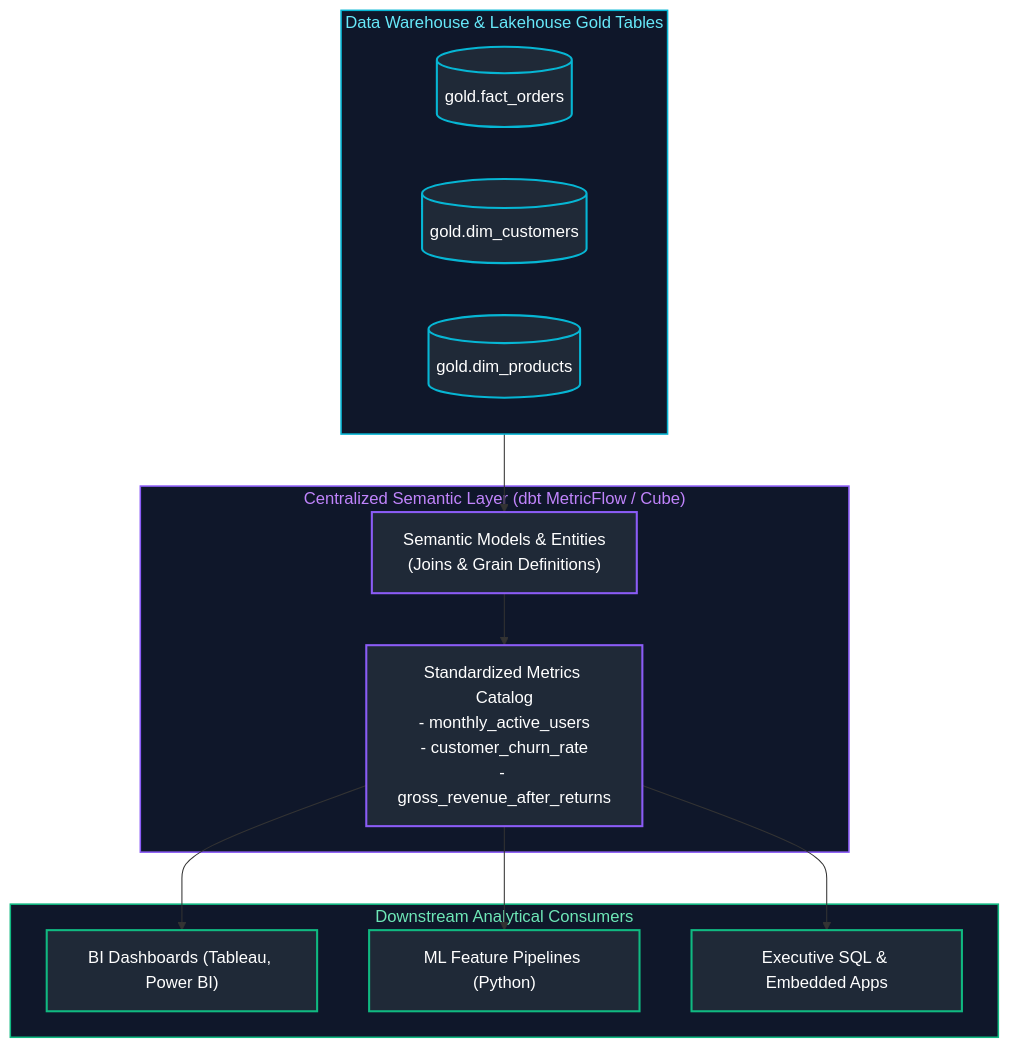
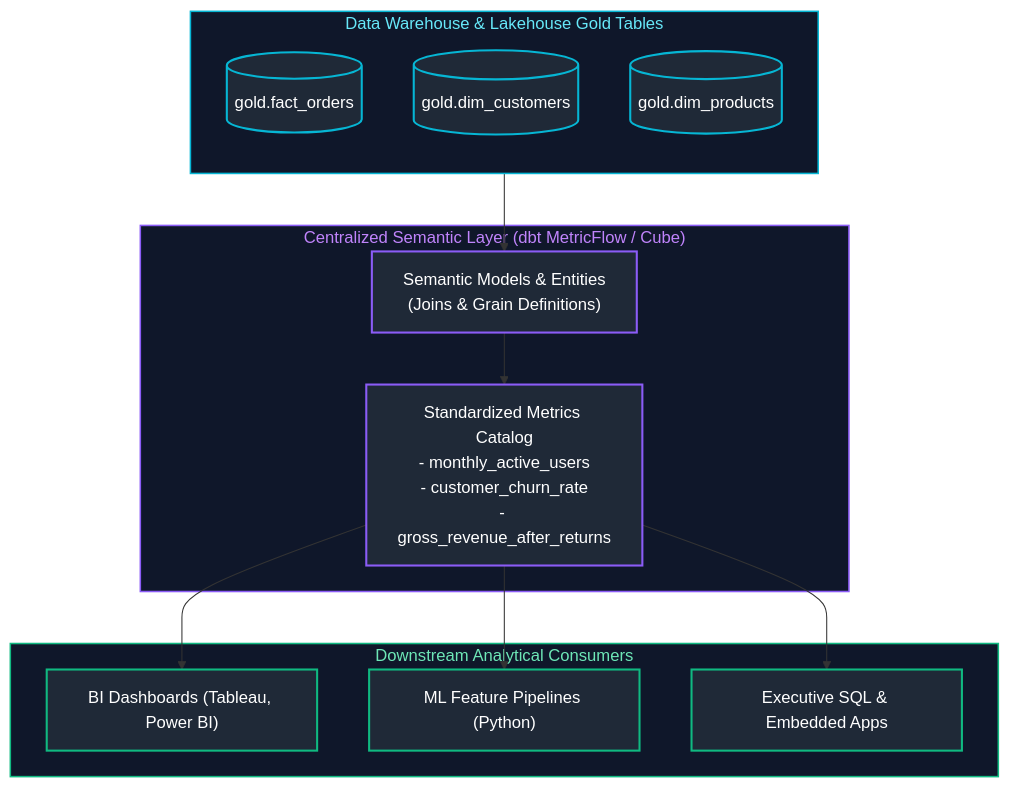
One commit to joydeep-biswas/Interview-Preparation changed diagram 18 of 22 in Data Engineering/06_data_architecture_and_modeling.md. Above: the diagram before and after it, drawn with Mermaid. The commit also changed other lines of this file and 76 other files, not shown here.

Commit message:
Updated Charts

````diff
--- a/Data Engineering/06_data_architecture_and_modeling.md
+++ b/Data Engineering/06_data_architecture_and_modeling.md
@@ -924,37 +946,38 @@
 ```mermaid
 flowchart TD
     subgraph StorageLayer ["Data Warehouse & Lakehouse Gold Tables"]
+        direction TD
         FOrders[("gold.fact_orders")]
         DCustomers[("gold.dim_customers")]
         DProducts[("gold.dim_products")]
     end
 
     subgraph SemanticTier ["Centralized Semantic Layer (dbt MetricFlow / Cube)"]
         SemModel["Semantic Models & Entities\n(Joins & Grain Definitions)"]
         MetricsCatalog["Standardized Metrics Catalog\n- monthly_active_users\n- customer_churn_rate\n- gross_revenue_after_returns"]
         SemModel --> MetricsCatalog
     end
 
     subgraph ConsumerTier ["Downstream Analytical Consumers"]
         BI["BI Dashboards (Tableau, Power BI)"]
         ML["ML Feature Pipelines (Python)"]
         AdHoc["Executive SQL & Embedded Apps"]
     end
 
     StorageLayer --> SemModel
     MetricsCatalog --> BI
     MetricsCatalog --> ML
     MetricsCatalog --> AdHoc
 
     style StorageLayer fill:#0f172a,stroke:#06b6d4,stroke-width:1.5px,color:#67e8f9
     style SemanticTier fill:#0f172a,stroke:#8b5cf6,stroke-width:1.5px,color:#c084fc
     style ConsumerTier fill:#0f172a,stroke:#10b981,stroke-width:1.5px,color:#6ee7b7
     style FOrders fill:#1f2937,stroke:#06b6d4,stroke-width:2px,color:#fff
     style DCustomers fill:#1f2937,stroke:#06b6d4,stroke-width:2px,color:#fff
     style DProducts fill:#1f2937,stroke:#06b6d4,stroke-width:2px,color:#fff
     style SemModel fill:#1f2937,stroke:#8b5cf6,stroke-width:2px,color:#fff
     style MetricsCatalog fill:#1f2937,stroke:#8b5cf6,stroke-width:2px,color:#fff
     style BI fill:#1f2937,stroke:#10b981,stroke-width:2px,color:#fff
     style ML fill:#1f2937,stroke:#10b981,stroke-width:2px,color:#fff
     style AdHoc fill:#1f2937,stroke:#10b981,stroke-width:2px,color:#fff
 ```
````
